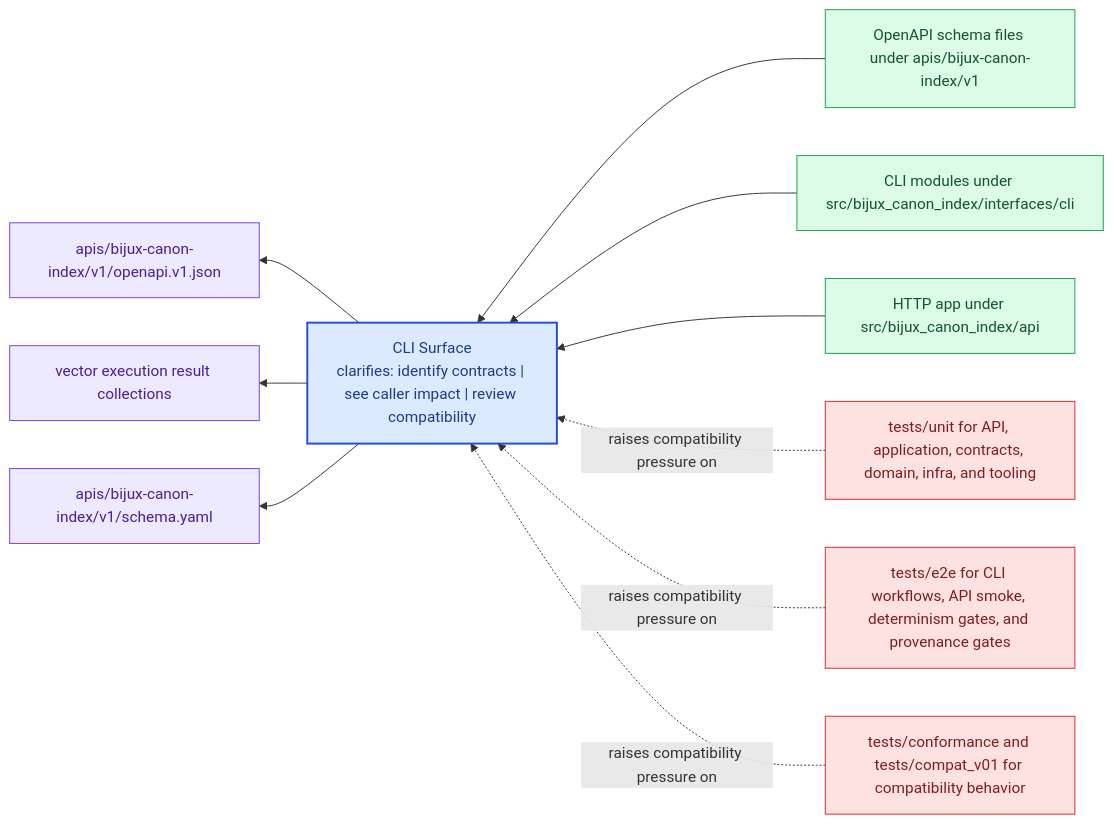
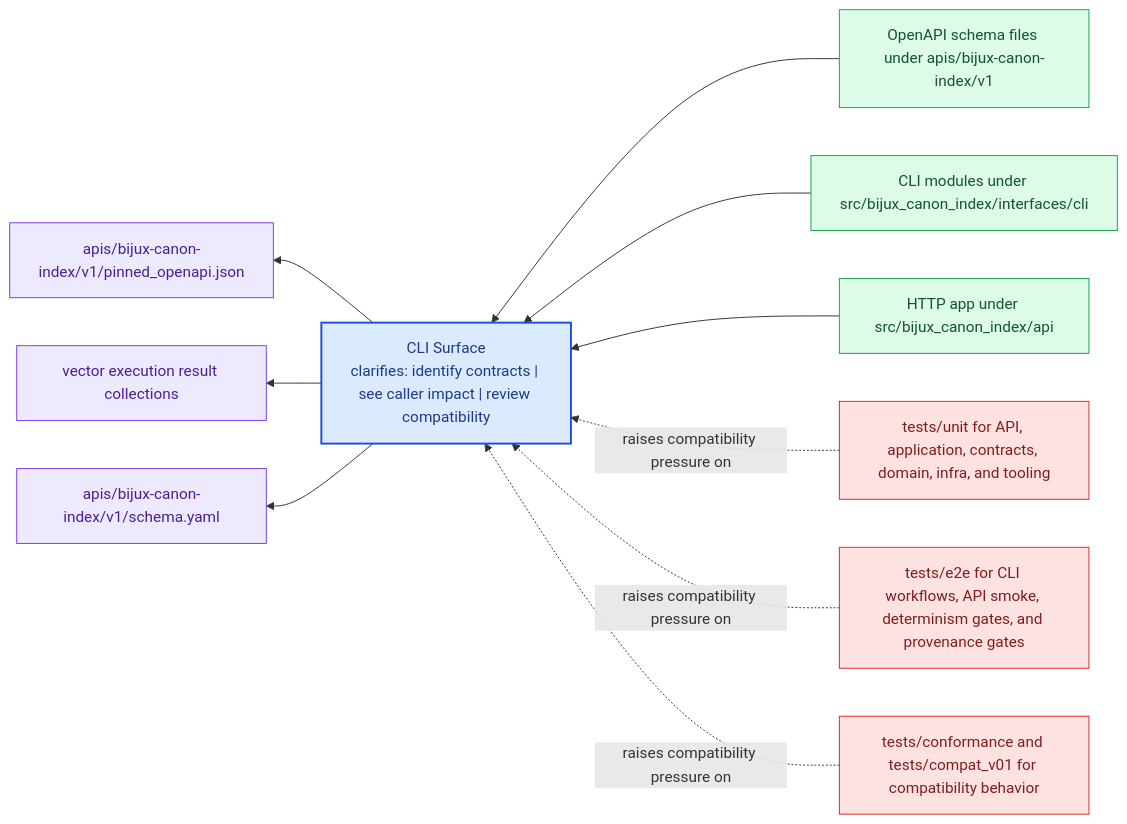
Before and after one commit to bijux/bijux-canon: the diagram in docs/bijux-canon-index/interfaces/cli-surface.md, drawn with Mermaid. The commit also changed 23 other files, not shown here.

````diff
--- a/docs/bijux-canon-index/interfaces/cli-surface.md
+++ b/docs/bijux-canon-index/interfaces/cli-surface.md
@@ -24,31 +24,31 @@
 ```mermaid
 flowchart RL
     page["CLI Surface<br/>clarifies: identify contracts | see caller impact | review compatibility"]
     classDef page fill:#dbeafe,stroke:#1d4ed8,color:#1e3a8a,stroke-width:2px;
     classDef positive fill:#dcfce7,stroke:#16a34a,color:#14532d;
     classDef caution fill:#fee2e2,stroke:#dc2626,color:#7f1d1d;
     classDef anchor fill:#ede9fe,stroke:#7c3aed,color:#4c1d95;
     classDef action fill:#fef3c7,stroke:#d97706,color:#7c2d12;
     surface1["OpenAPI schema files under apis/bijux-canon-index/v1"]
     surface1 --> page
     surface2["CLI modules under src/bijux_canon_index/interfaces/cli"]
     surface2 --> page
     surface3["HTTP app under src/bijux_canon_index/api"]
     surface3 --> page
-    proof1["apis/bijux-canon-index/v1/openapi.v1.json"]
+    proof1["apis/bijux-canon-index/v1/pinned_openapi.json"]
     page --> proof1
     proof2["vector execution result collections"]
     page --> proof2
     proof3["apis/bijux-canon-index/v1/schema.yaml"]
     page --> proof3
     review1["tests/unit for API, application, contracts, domain, infra, and tooling"]
     review1 -.raises compatibility pressure on.-> page
     review2["tests/e2e for CLI workflows, API smoke, determinism gates, and provenance gates"]
     review2 -.raises compatibility pressure on.-> page
     review3["tests/conformance and tests/compat_v01 for compatibility behavior"]
     review3 -.raises compatibility pressure on.-> page
     class page page;
     class surface1,surface2,surface3 positive;
     class proof1,proof2,proof3 anchor;
     class review1,review2,review3 caution;
 ```
````
